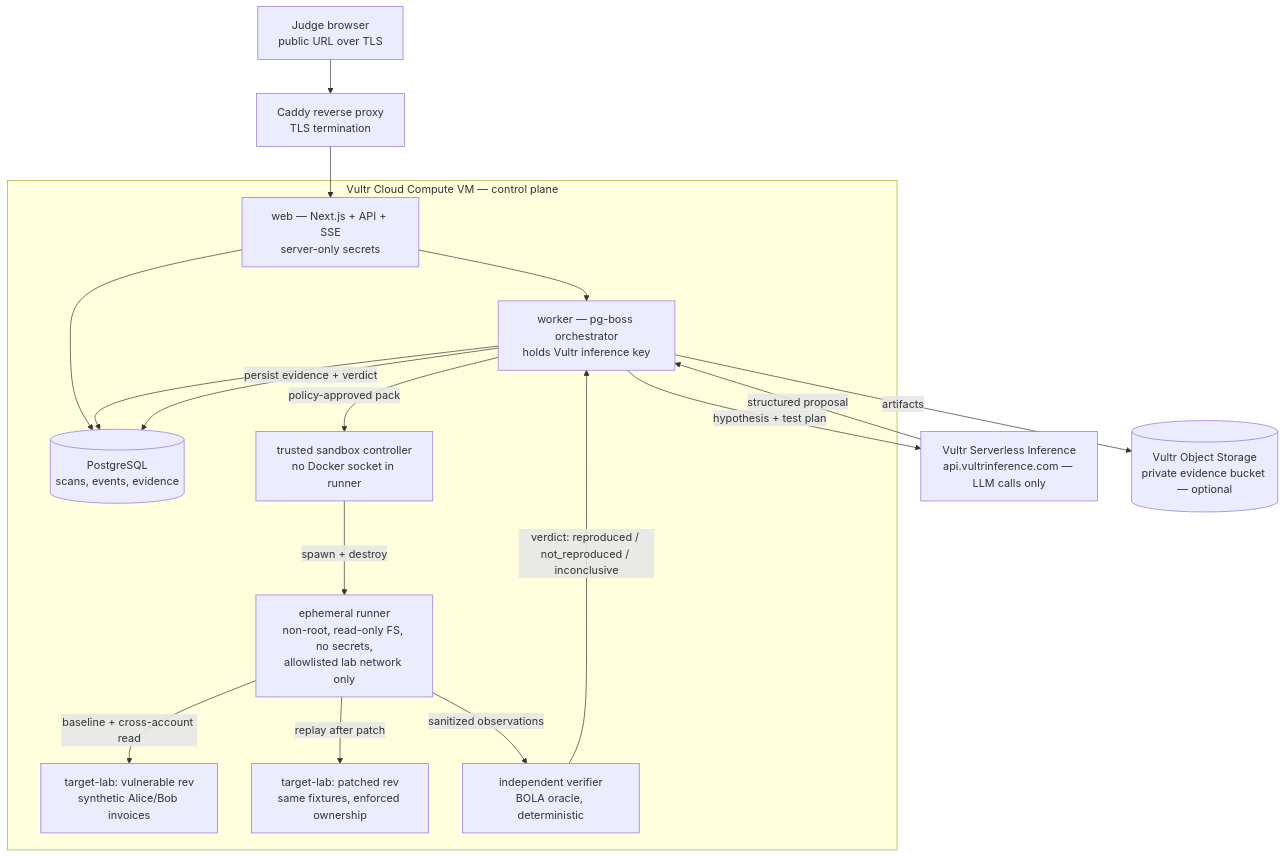
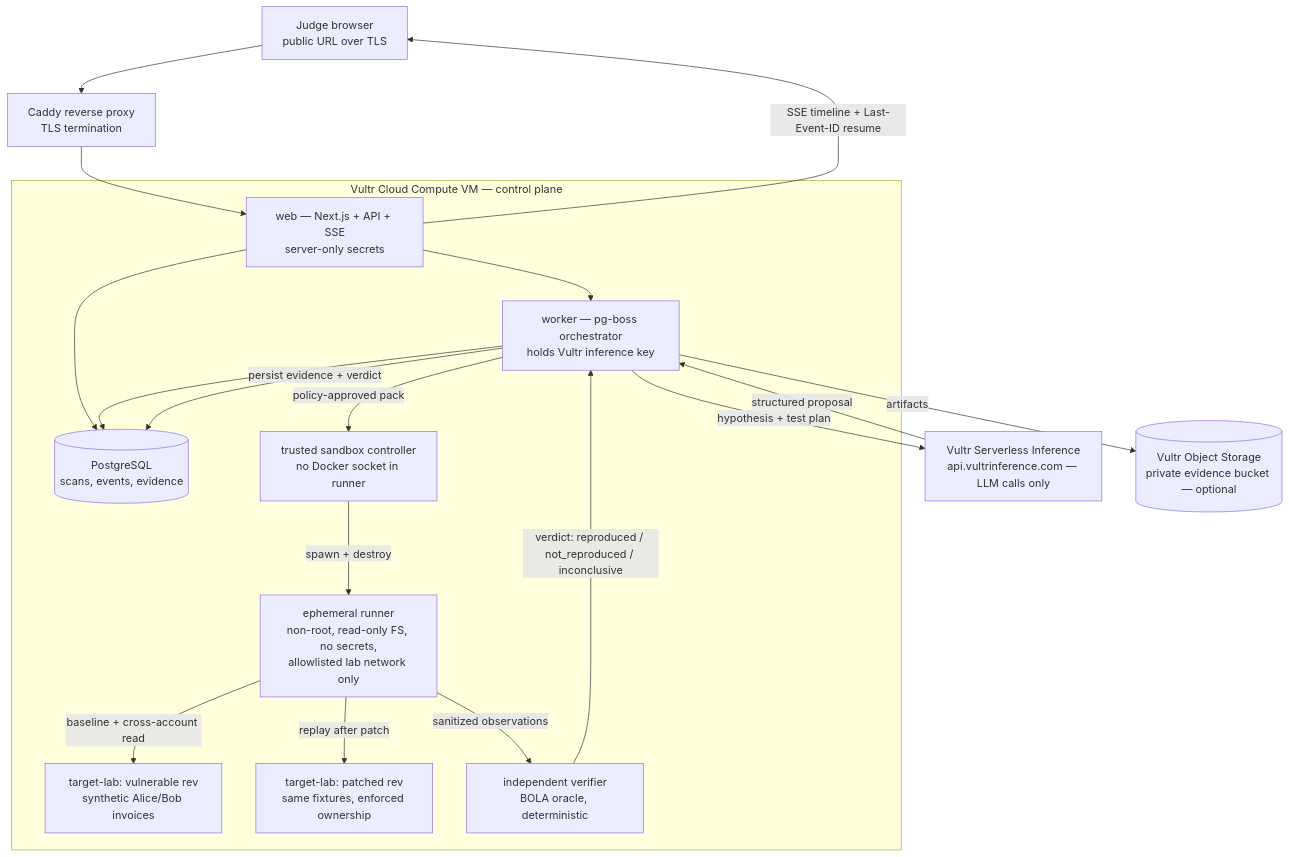
Before and after one commit to Abraham12611/highcastle: the diagram in docs/delivery/demo-assets/architecture.md, drawn with Mermaid. The commit also changed other lines of this file and 4 other files, not shown here.

First line of the commit message:
docs(release): final README text, command coordination, architecture events, lablab pack

````diff
--- a/docs/delivery/demo-assets/architecture.md
+++ b/docs/delivery/demo-assets/architecture.md
@@ -9,34 +9,35 @@
 ```mermaid
 flowchart TB
     Judge[Judge browser<br/>public URL over TLS]
     DNS[Caddy reverse proxy<br/>TLS termination]
 
     subgraph VULTR_VM [Vultr Cloud Compute VM — control plane]
         WEB[web — Next.js + API + SSE<br/>server-only secrets]
         WORKER[worker — pg-boss orchestrator<br/>holds Vultr inference key]
         PG[(PostgreSQL<br/>scans, events, evidence)]
         LAB_VULN[target-lab: vulnerable rev<br/>synthetic Alice/Bob invoices]
         LAB_PATCH[target-lab: patched rev<br/>same fixtures, enforced ownership]
         CTRL[trusted sandbox controller<br/>no Docker socket in runner]
         RUNNER[ephemeral runner<br/>non-root, read-only FS, no secrets,<br/>allowlisted lab network only]
         ORACLE[independent verifier<br/>BOLA oracle, deterministic]
     end
 
     VSI[Vultr Serverless Inference<br/>api.vultrinference.com — LLM calls only]
     OBJ[(Vultr Object Storage<br/>private evidence bucket — optional)]
 
     Judge --> DNS --> WEB
     WEB --> PG
     WEB --> WORKER
+    WEB -->|SSE timeline + Last-Event-ID resume| Judge
     WORKER --> PG
     WORKER -->|hypothesis + test plan| VSI
     VSI -->|structured proposal| WORKER
     WORKER -->|policy-approved pack| CTRL
     CTRL -->|spawn + destroy| RUNNER
     RUNNER -->|baseline + cross-account read| LAB_VULN
     RUNNER -->|replay after patch| LAB_PATCH
     RUNNER -->|sanitized observations| ORACLE
     ORACLE -->|verdict: reproduced / not_reproduced / inconclusive| WORKER
     WORKER -->|persist evidence + verdict| PG
     WORKER -->|artifacts| OBJ
 ```
````
